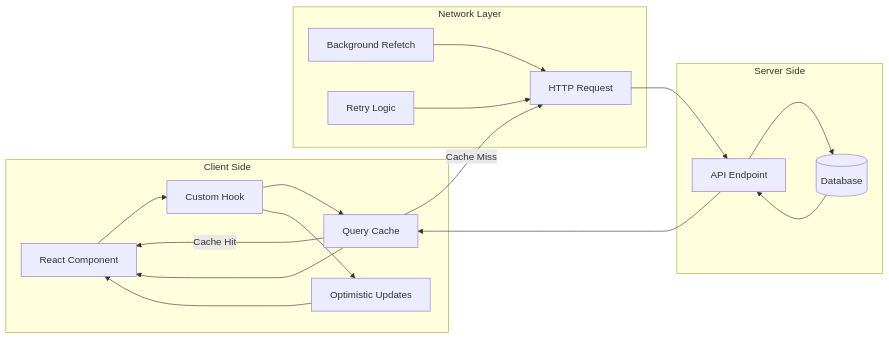
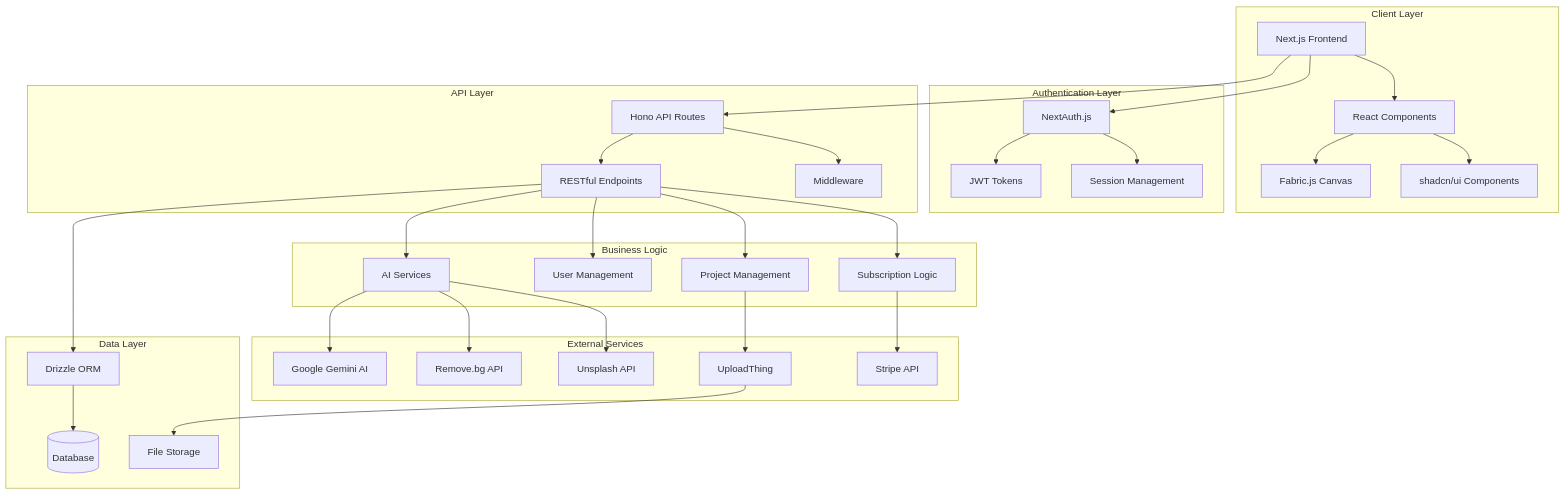
Before and after one commit to ismail-gits/nyvo: the first of 2 diagrams in README.md, drawn with Mermaid. The commit also changed other lines of this file, not shown here.

````diff
--- a/README.md
+++ b/README.md
@@ -241,39 +40,64 @@
 ```mermaid
-flowchart LR
-    subgraph "Client Side"
-        Component[React Component]
-        Hook[Custom Hook]
-        Cache[Query Cache]
-        Optimistic[Optimistic Updates]
+graph TB
+    subgraph "Client Layer"
+        A[Next.js Frontend]
+        B[React Components]
+        C[Fabric.js Canvas]
+        D[shadcn/ui Components]
     end
     
-    subgraph "Network Layer"
-        HTTP[HTTP Request]
-        Background[Background Refetch]
-        Retry[Retry Logic]
+    subgraph "Authentication Layer"
+        E[NextAuth.js]
+        F[JWT Tokens]
+        G[Session Management]
     end
     
-    subgraph "Server Side"
-        API[API Endpoint]
-        DB[(Database)]
+    subgraph "API Layer"
+        H[Hono API Routes]
+        I[RESTful Endpoints]
+        J[Middleware]
     end
     
-    Component --> Hook
-    Hook --> Cache
+    subgraph "Business Logic"
+        K[Project Management]
+        L[User Management] 
+        M[Subscription Logic]
+        N[AI Services]
+    end
     
-    Cache -->|Cache Miss| HTTP
-    Cache -->|Cache Hit| Component
+    subgraph "External Services"
+        O[Google Gemini AI]
+        P[Remove.bg API]
+        Q[Unsplash API]
+        R[UploadThing]
+        S[Stripe API]
+    end
     
-    HTTP --> API
-    API --> DB
+    subgraph "Data Layer"
+        T[Drizzle ORM]
+        U[(Database)]
+        V[File Storage]
+    end
     
-    Hook --> Optimistic
-    Optimistic --> Component
-    
-    Background --> HTTP
-    Retry --> HTTP
-    
-    DB --> API
-    API --> Cache
-    Cache --> Component
+    A --> B
+    B --> C
+    B --> D
+    A --> E
+    E --> F
+    E --> G
+    A --> H
+    H --> I
+    H --> J
+    I --> K
+    I --> L
+    I --> M
+    I --> N
+    N --> O
+    N --> P
+    N --> Q
+    K --> R
+    M --> S
+    I --> T
+    T --> U
+    R --> V
 ```
````
